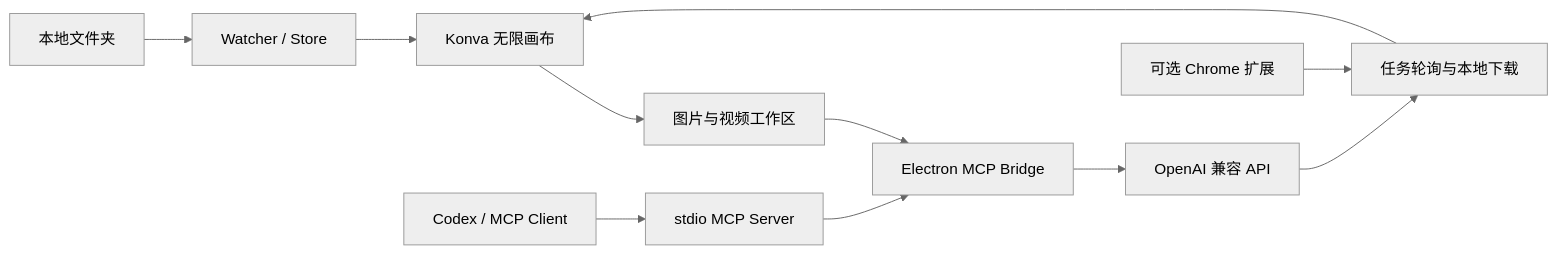
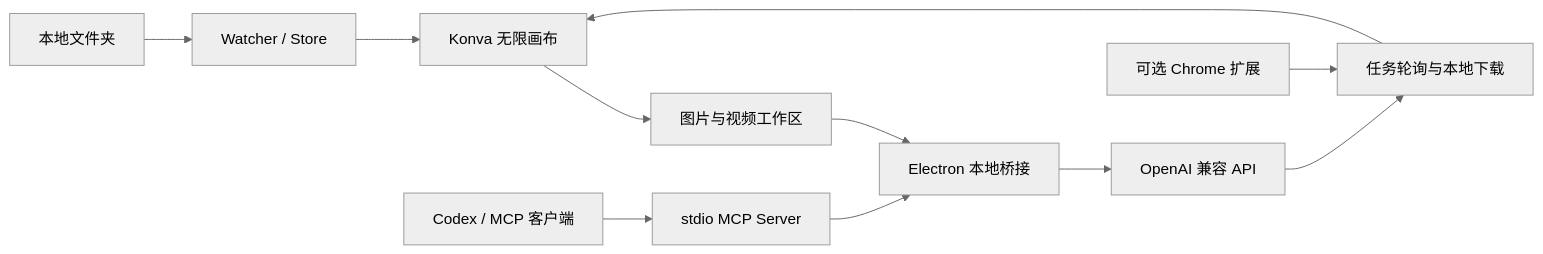
One commit to U-uu-U/flow-canvas changed the diagram in README.md. Above: the diagram before and after it, drawn with Mermaid (neutral theme). The commit also changed other lines of this file and 12 other files, not shown here.

Commit message:
release: publish Flow Canvas v1.0.0

````diff
--- a/README.md
+++ b/README.md
@@ -55,13 +178,13 @@
 ```mermaid
 flowchart LR
     F["本地文件夹"] --> W["Watcher / Store"]
     W --> C["Konva 无限画布"]
     C --> U["图片与视频工作区"]
-    U --> B["Electron MCP Bridge"]
+    U --> B["Electron 本地桥接"]
     B --> A["OpenAI 兼容 API"]
     A --> D["任务轮询与本地下载"]
     D --> C
-    M["Codex / MCP Client"] --> S["stdio MCP Server"]
+    M["Codex / MCP 客户端"] --> S["stdio MCP Server"]
     S --> B
     X["可选 Chrome 扩展"] --> D
 ```
````
